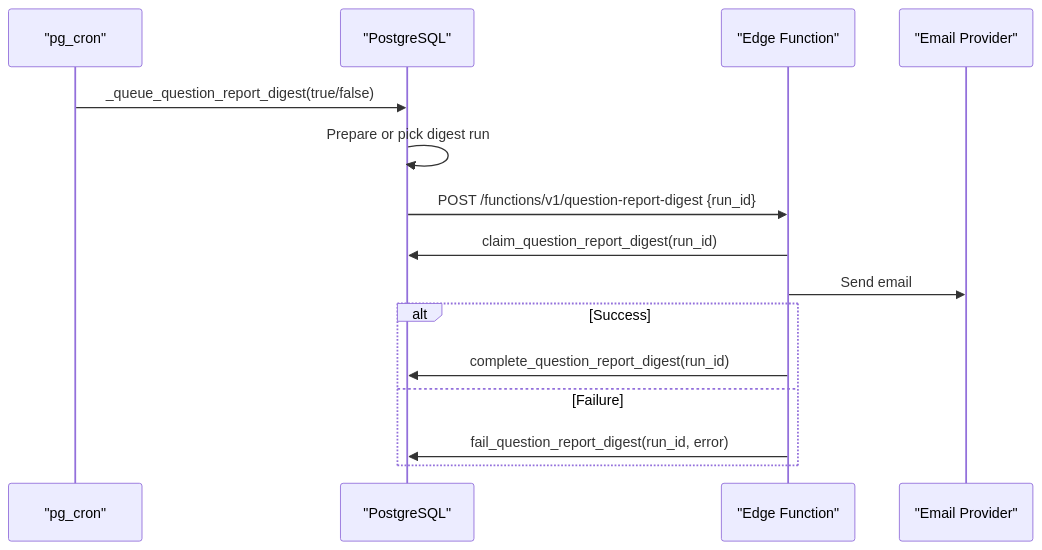
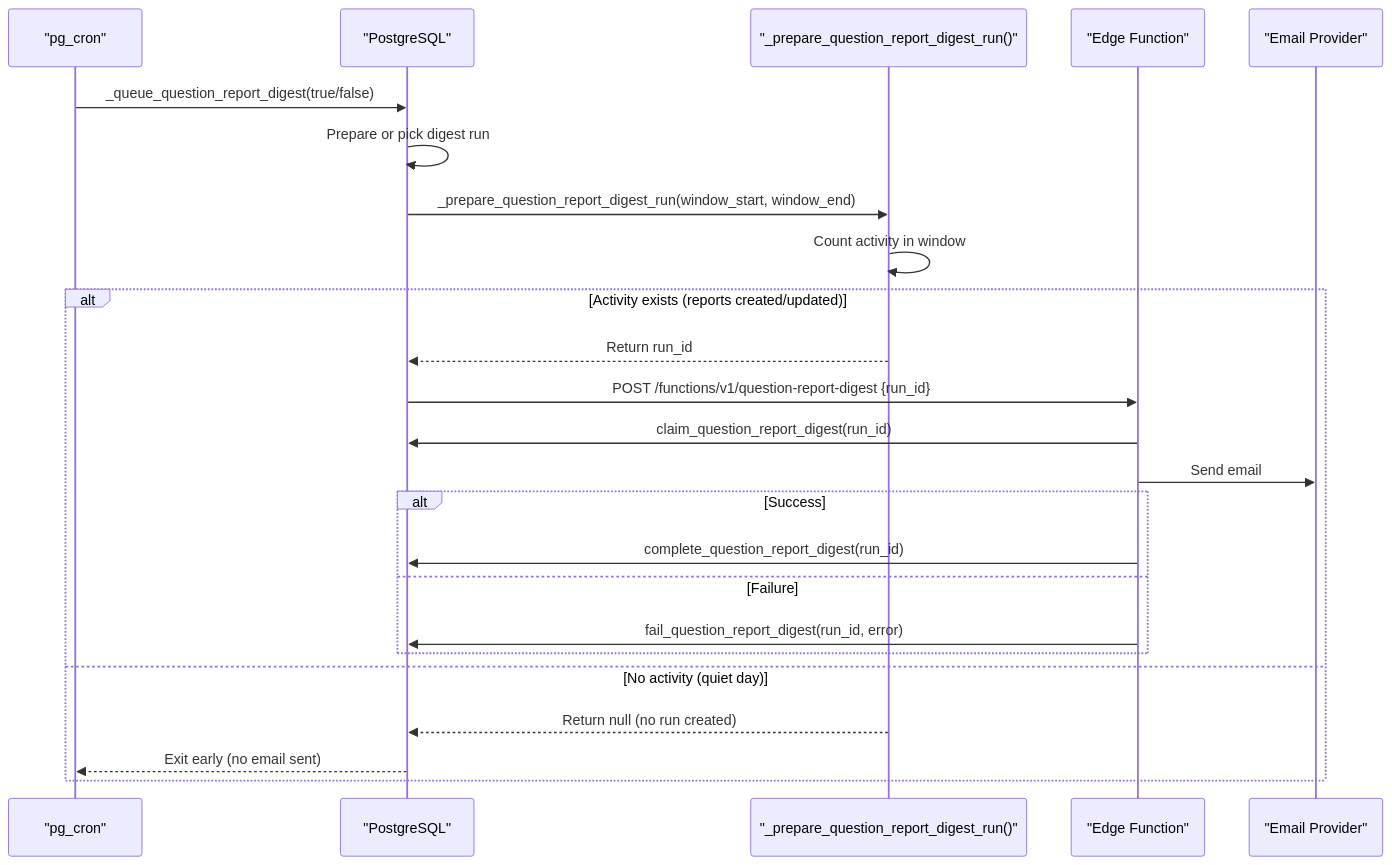
The seventh of 8 diagrams in .qoder/repowiki/en/content/Monitoring and Maintenance/Maintenance System.md (muhammadhabibullah/tbs-lpdp), drawn with Mermaid before and after one commit. The commit also changed other lines of this file and 6 other files, not shown here.

````diff
--- a/.qoder/repowiki/en/content/Monitoring and Maintenance/Maintenance System.md
+++ b/.qoder/repowiki/en/content/Monitoring and Maintenance/Maintenance System.md
@@ -272,17 +299,26 @@
 ```mermaid
 sequenceDiagram
 participant Cron as "pg_cron"
 participant DB as "PostgreSQL"
+participant Prep as "_prepare_question_report_digest_run()"
 participant EF as "Edge Function"
 participant Email as "Email Provider"
 Cron->>DB : _queue_question_report_digest(true/false)
 DB->>DB : Prepare or pick digest run
+DB->>Prep : _prepare_question_report_digest_run(window_start, window_end)
+Prep->>Prep : Count activity in window
+alt Activity exists (reports created/updated)
+Prep-->>DB : Return run_id
 DB->>EF : POST /functions/v1/question-report-digest {run_id}
 EF->>DB : claim_question_report_digest(run_id)
 EF->>Email : Send email
 alt Success
 EF->>DB : complete_question_report_digest(run_id)
 else Failure
 EF->>DB : fail_question_report_digest(run_id, error)
 end
+else No activity (quiet day)
+Prep-->>DB : Return null (no run created)
+DB-->>Cron : Exit early (no email sent)
+end
 ```
````
